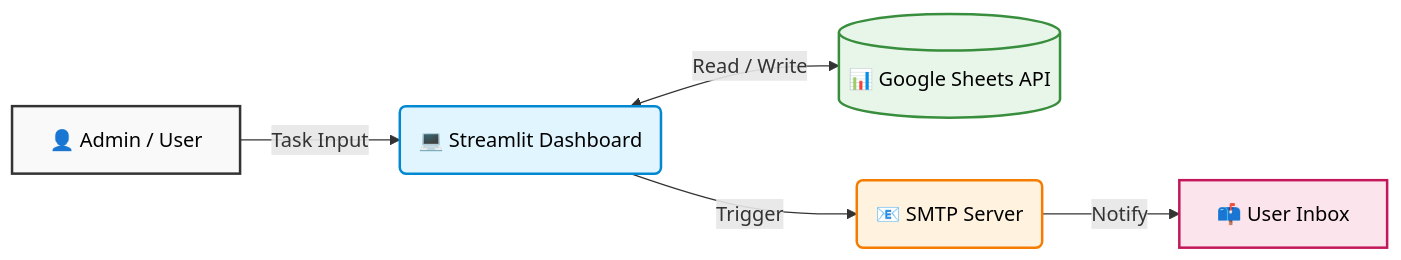
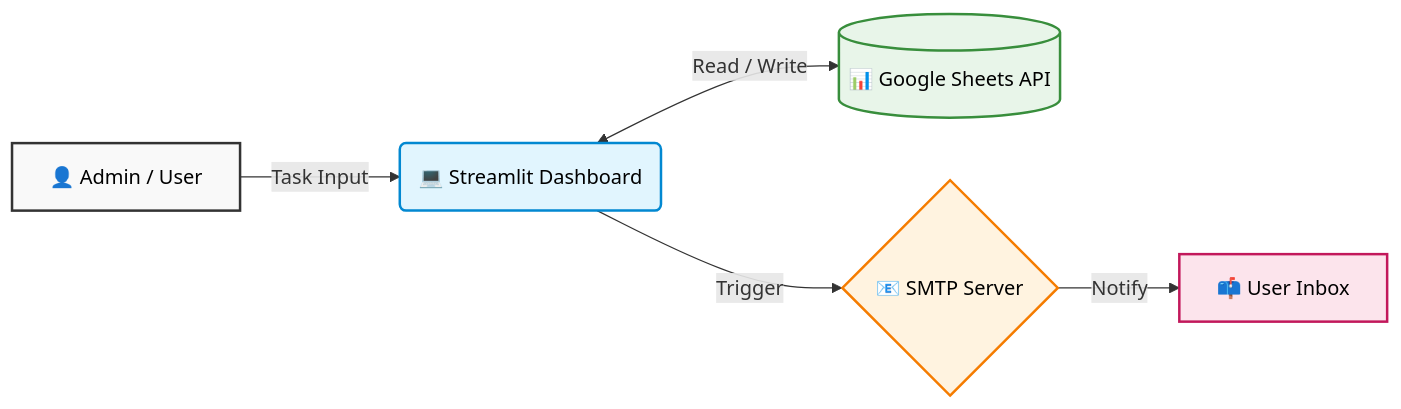
Before and after one commit to AshfaqurRahman99/Task-Management-Dashboard-Showcase: the second of 3 diagrams in README.md, drawn with Mermaid.

````diff
--- a/README.md
+++ b/README.md
@@ -47,13 +47,13 @@
 ```mermaid
 graph LR
     A[👤 Admin / User] -->|Task Input| B(💻 Streamlit Dashboard)
     B <-->|Read / Write| C[(📊 Google Sheets API)]
-    B -->|Trigger| D(📧 SMTP Server)
+    B -->|Trigger| D{📧 SMTP Server}
     D -->|Notify| E[📫 User Inbox]
     
     style A fill:#f9f9f9,stroke:#333,stroke-width:2px,color:#000000
     style B fill:#e1f5fe,stroke:#0288d1,stroke-width:2px,color:#000000
     style C fill:#e8f5e9,stroke:#388e3c,stroke-width:2px,color:#000000
     style D fill:#fff3e0,stroke:#f57c00,stroke-width:2px,color:#000000
     style E fill:#fce4ec,stroke:#c2185b,stroke-width:2px,color:#000000
 ```
````
